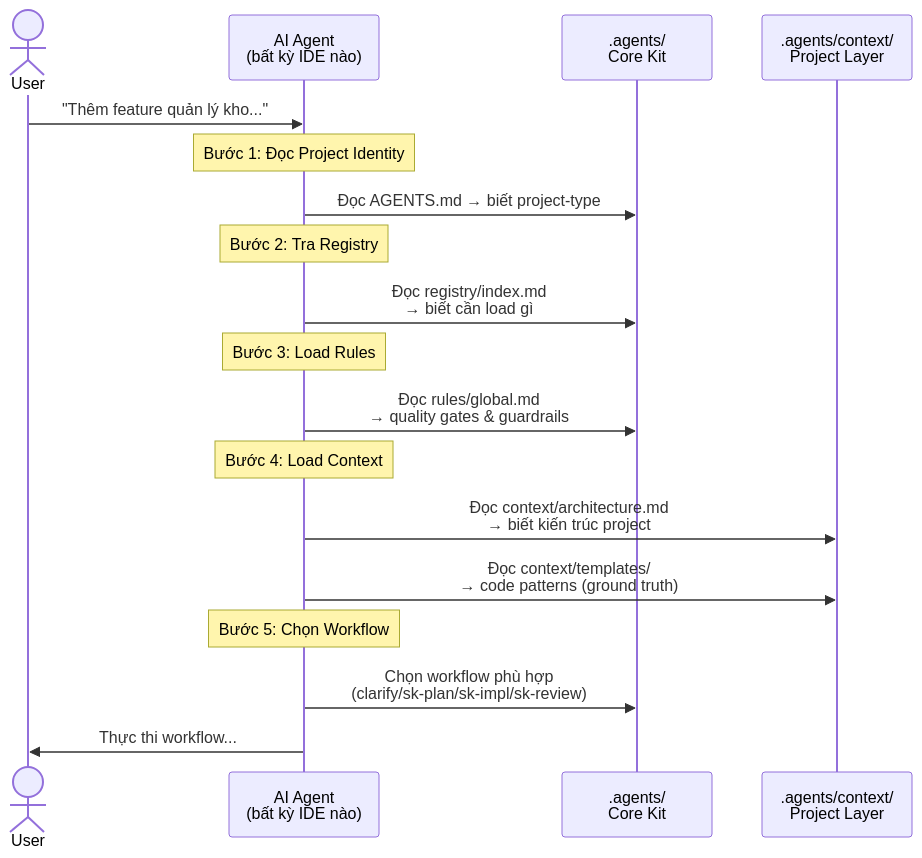
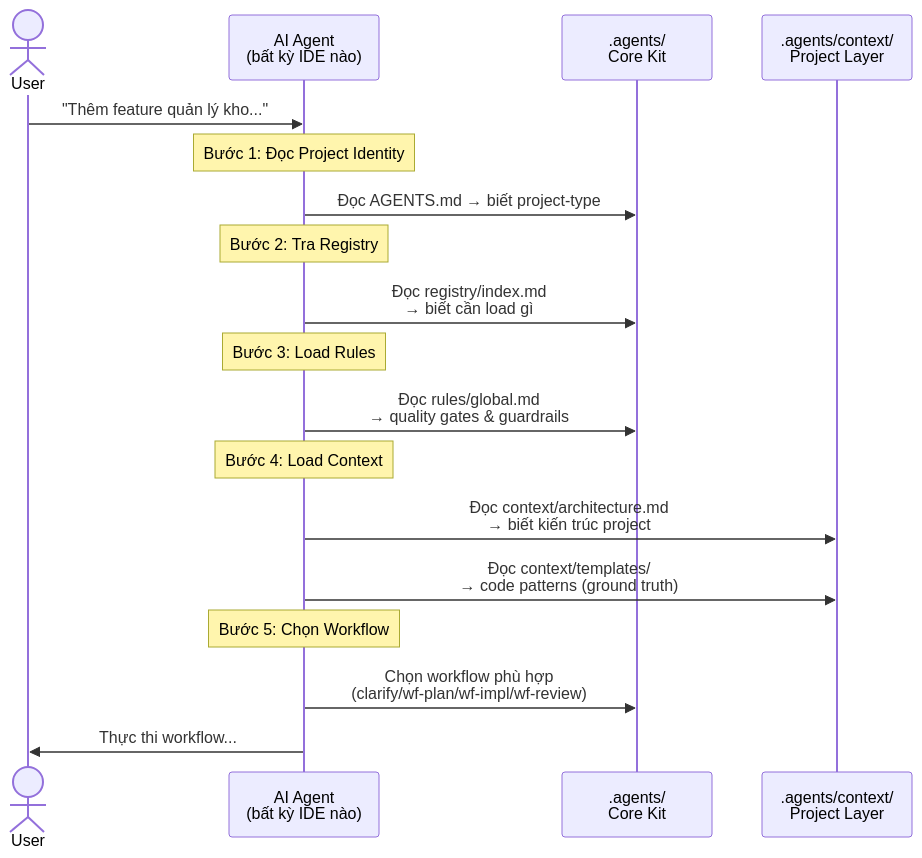
Before and after one commit to Sonleeee/Agent-Dev-Kit: the second of 6 diagrams in HowItWorks.md, drawn with Mermaid. The commit also changed other lines of this file and 44 other files, not shown here.

````diff
--- a/HowItWorks.md
+++ b/HowItWorks.md
@@ -42,27 +42,27 @@
 ```mermaid
 sequenceDiagram
     actor User
     participant Agent as AI Agent<br/>(bất kỳ IDE nào)
     participant Kit as .agents/<br/>Core Kit
     participant Ctx as .agents/context/<br/>Project Layer
 
     User->>Agent: "Thêm feature quản lý kho..."
   
     Note over Agent: Bước 1: Đọc Project Identity
     Agent->>Kit: Đọc AGENTS.md → biết project-type
   
     Note over Agent: Bước 2: Tra Registry
     Agent->>Kit: Đọc registry/index.md<br/>→ biết cần load gì
   
     Note over Agent: Bước 3: Load Rules
     Agent->>Kit: Đọc rules/global.md<br/>→ quality gates & guardrails
   
     Note over Agent: Bước 4: Load Context
     Agent->>Ctx: Đọc context/architecture.md<br/>→ biết kiến trúc project
     Agent->>Ctx: Đọc context/templates/<br/>→ code patterns (ground truth)
   
     Note over Agent: Bước 5: Chọn Workflow
-    Agent->>Kit: Chọn workflow phù hợp<br/>(clarify/sk-plan/sk-impl/sk-review)
+    Agent->>Kit: Chọn workflow phù hợp<br/>(clarify/wf-plan/wf-impl/wf-review)
   
     Agent->>User: Thực thi workflow...
 ```
````
